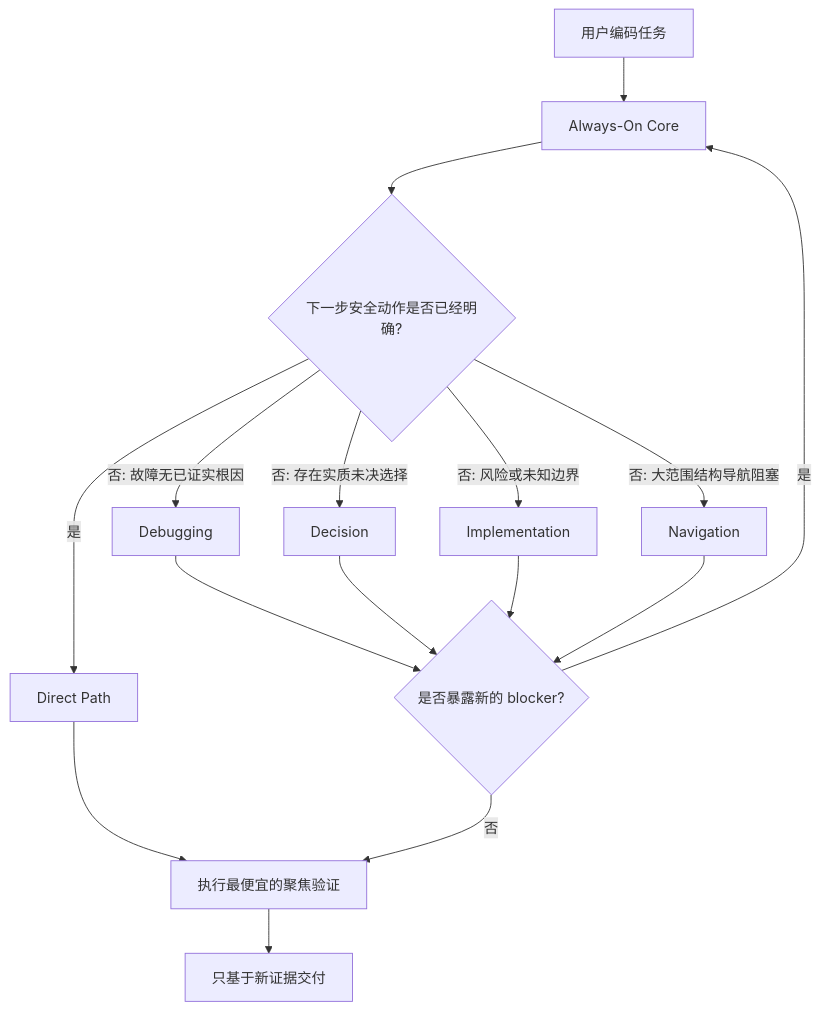
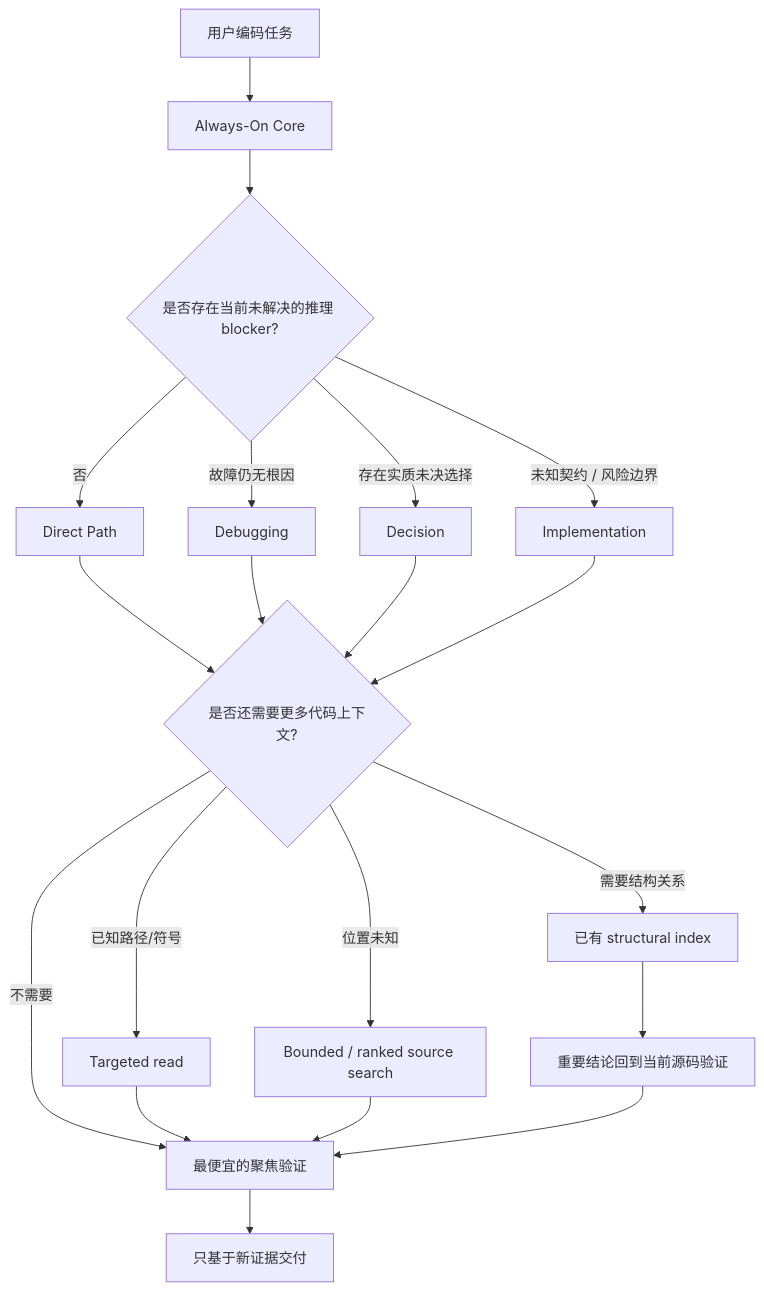
Before and after one commit to Hubujiu/practical-coding: the diagram in README_zh.md, drawn with Mermaid. The commit also changed other lines of this file and 7 other files, not shown here.

````diff
--- a/README_zh.md
+++ b/README_zh.md
@@ -91,19 +48,25 @@
 ```mermaid
 flowchart TB
     T[用户编码任务] --> C[Always-On Core]
-    C --> Q{下一步安全动作是否已经明确?}
-    Q -->|是| D[Direct Path]
-    Q -->|否: 故障无已证实根因| G[Debugging]
-    Q -->|否: 存在实质未决选择| A[Decision]
-    Q -->|否: 风险或未知边界| I[Implementation]
-    Q -->|否: 大范围结构导航阻塞| N[Navigation]
+    C --> E{是否存在当前未解决的推理 blocker?}
+    E -->|否| D[Direct Path]
+    E -->|故障仍无根因| G[Debugging]
+    E -->|存在实质未决选择| A[Decision]
+    E -->|未知契约 / 风险边界| I[Implementation]
 
-    G --> R{是否暴露新的 blocker?}
+    D --> R{是否还需要更多代码上下文?}
+    G --> R
     A --> R
     I --> R
-    N --> R
-    R -->|否| V[执行最便宜的聚焦验证]
-    R -->|是| C
-    D --> V
+
+    R -->|不需要| V[最便宜的聚焦验证]
+    R -->|已知路径/符号| K[Targeted read]
+    R -->|位置未知| S[Bounded / ranked source search]
+    R -->|需要结构关系| X[已有 structural index]
+
+    K --> V
+    S --> V
+    X --> Q[重要结论回到当前源码验证]
+    Q --> V
     V --> O[只基于新证据交付]
 ```
````
